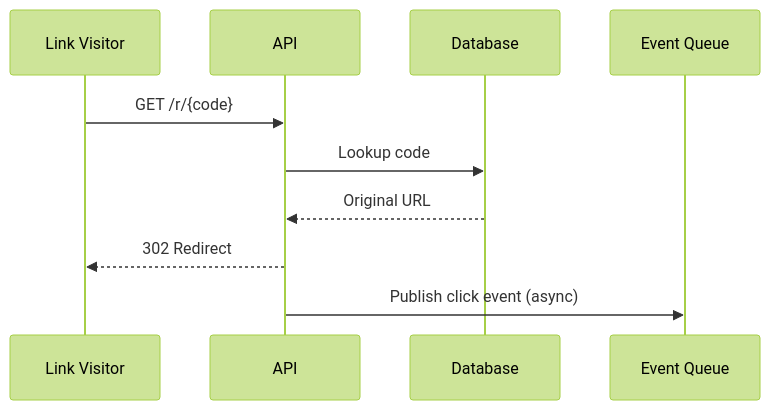
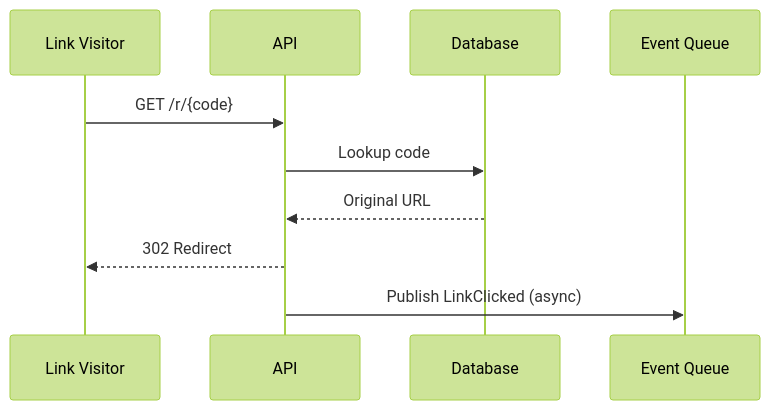
The second of 3 diagrams in System Design Skills/mermaid-js/examples/url-shortener-mermaid.md (harmeetsingh0013/claude-skills), drawn with Mermaid (forest theme) before and after one commit. The commit also changed other lines of this file and 41 other files, not shown here.

````diff
--- a/System Design Skills/mermaid-js/examples/url-shortener-mermaid.md
+++ b/System Design Skills/mermaid-js/examples/url-shortener-mermaid.md
@@ -25,12 +41,12 @@
 ```mermaid
 sequenceDiagram
     participant V as Link Visitor
     participant A as API
     participant D as Database
     participant Q as Event Queue
     V->>A: GET /r/{code}
     A->>D: Lookup code
     D-->>A: Original URL
     A-->>V: 302 Redirect
-    A->>Q: Publish click event (async)
+    A->>Q: Publish LinkClicked (async)
 ```
````
